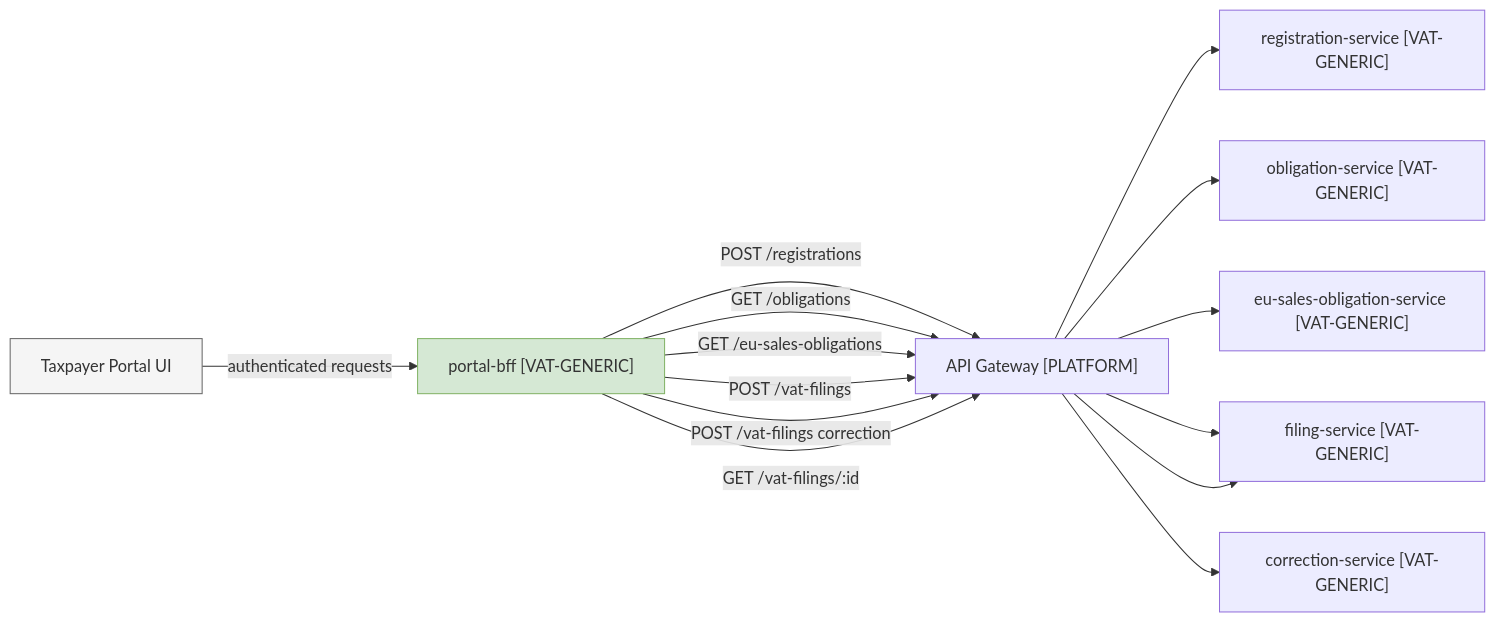
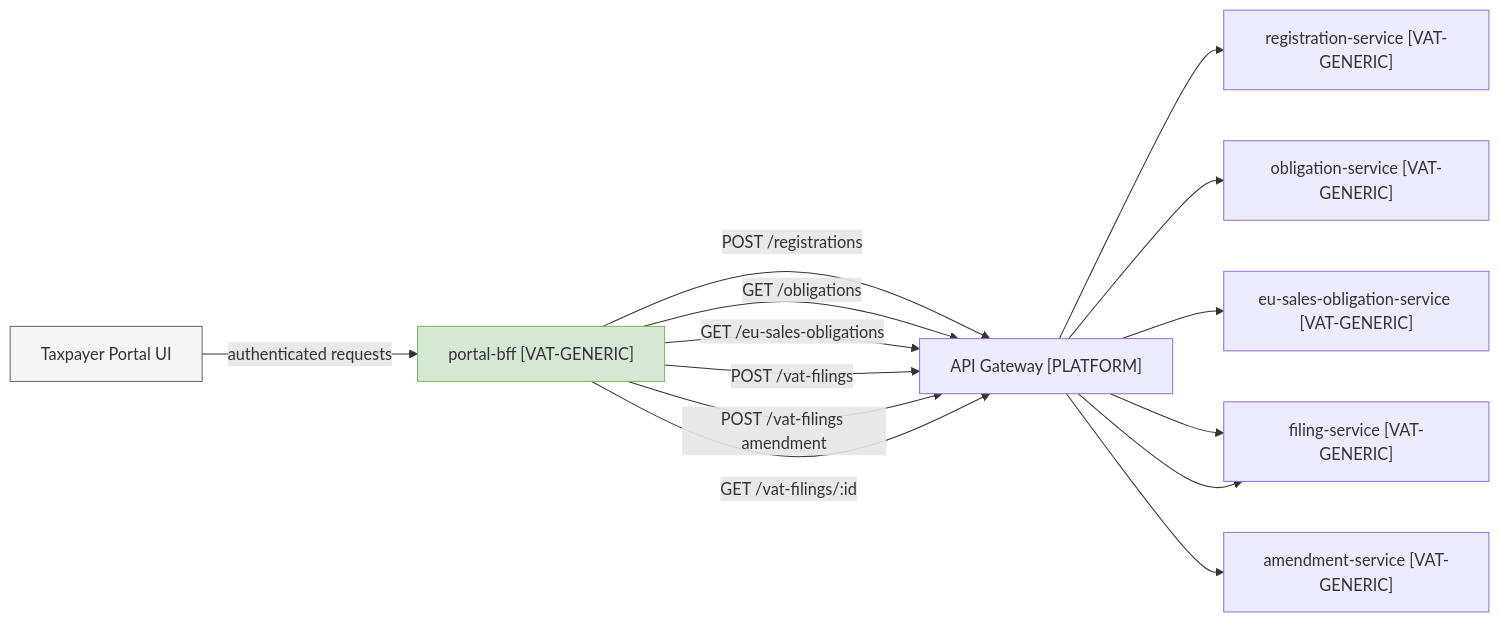
Before and after one commit to nc-tbi/VATRI-Codex: the fourth of 14 diagrams in design/01-vat-filing-assessment-solution-design.md, drawn with Mermaid. The commit also changed other lines of this file and 38 other files, not shown here.

Commit message:
Rename correction terminology to amendment and add compatibility alias

````diff
--- a/design/01-vat-filing-assessment-solution-design.md
+++ b/design/01-vat-filing-assessment-solution-design.md
@@ -272,22 +272,22 @@
 ```mermaid
 flowchart LR
     UI["Taxpayer Portal UI"]
     BFF["portal-bff [VAT-GENERIC]"]
     GW["API Gateway [PLATFORM]"]
     RS["registration-service [VAT-GENERIC]"]
     OBS["obligation-service [VAT-GENERIC]"]
     EUSOBS["eu-sales-obligation-service [VAT-GENERIC]"]
     FS["filing-service [VAT-GENERIC]"]
-    CS["correction-service [VAT-GENERIC]"]
+    CS["amendment-service [VAT-GENERIC]"]
 
     UI -->|authenticated requests| BFF
     BFF -->|POST /registrations| GW --> RS
     BFF -->|GET /obligations| GW --> OBS
     BFF -->|GET /eu-sales-obligations| GW --> EUSOBS
     BFF -->|POST /vat-filings| GW --> FS
-    BFF -->|POST /vat-filings correction| GW --> CS
+    BFF -->|POST /vat-filings amendment| GW --> CS
     BFF -->|GET /vat-filings/:id| GW --> FS
 
     style BFF fill:#d5e8d4,stroke:#82b366
     style UI fill:#f5f5f5,stroke:#666
 ```
````
